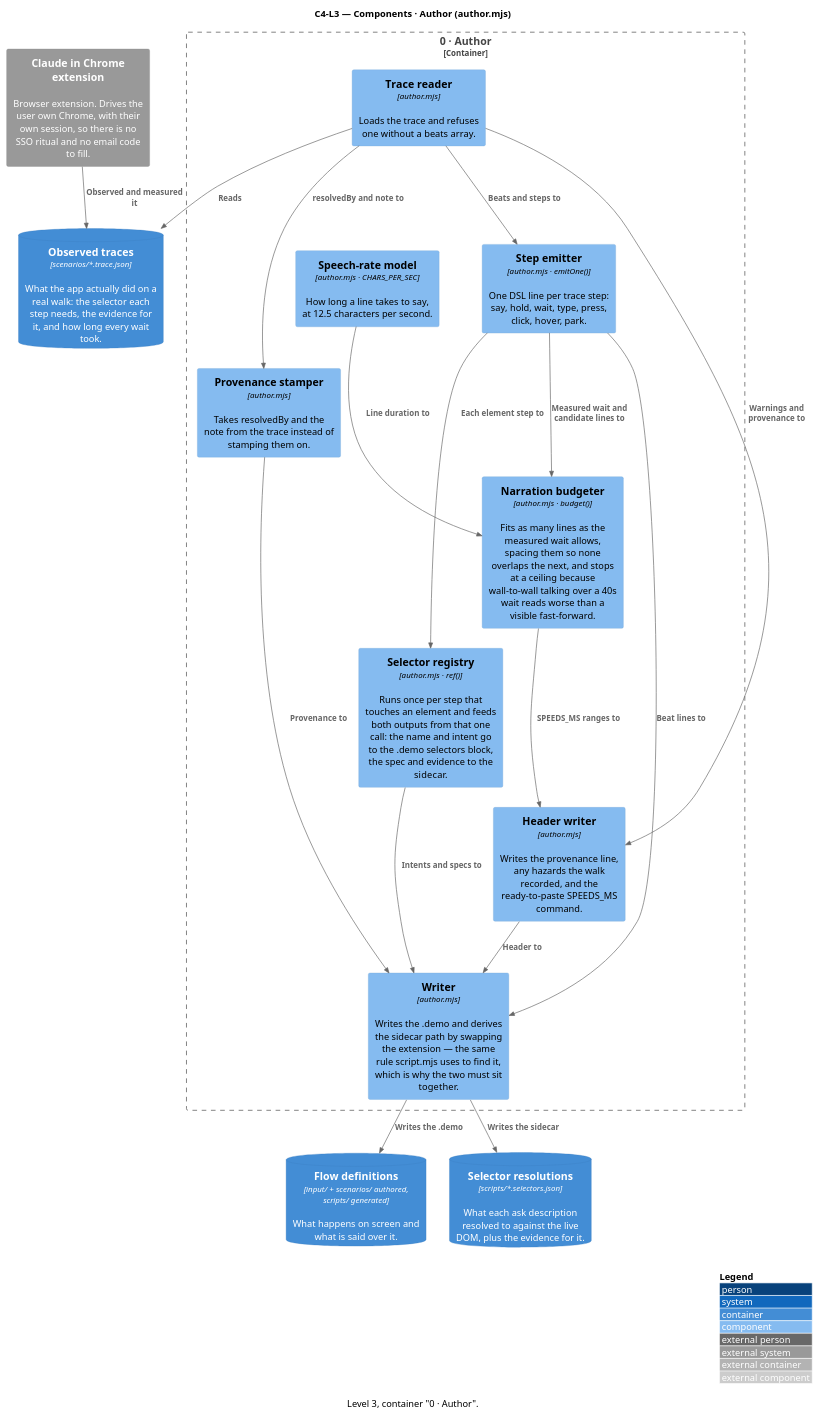
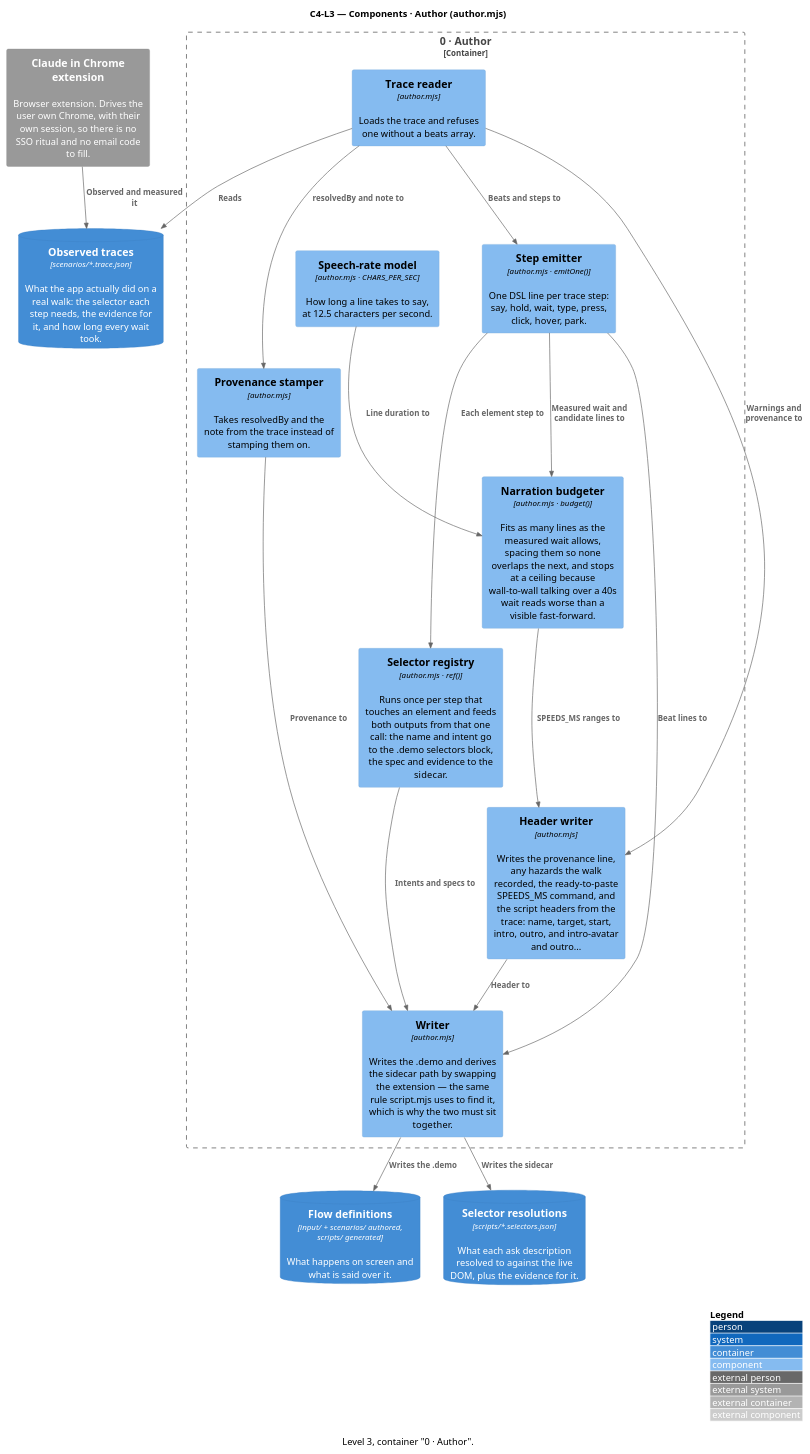
Before and after one commit to ssunduko/product-video: the diagram in docs/c4-l3-author.puml, drawn with PlantUML. The commit also changed 27 other files, not shown here.

```diff
--- a/docs/c4-l3-author.puml
+++ b/docs/c4-l3-author.puml
@@ -1,43 +1,43 @@
 @startuml c4-l3-author
 ' Generated by docs/c4-model.mjs — do not edit; edit the model and re-run.
 !include <C4/C4_Component>
 ' No bundled C4 stdlib? Replace the line above with:
 ' !include https://raw.githubusercontent.com/plantuml-stdlib/C4-PlantUML/master/C4_Component.puml
 
 title C4-L3 — Components · Author (author.mjs)
 caption Level 3, container "0 · Author".
 
 ContainerDb(observed_traces, "Observed traces", "scenarios/*.trace.json", "What the app actually did on a real walk: the selector each step needs, the evidence for it, and how long every wait took.")
 ContainerDb(flow_definitions, "Flow definitions", "input/ + scenarios/ authored, scripts/ generated", "What happens on screen and what is said over it.")
 ContainerDb(selector_resolutions, "Selector resolutions", "scripts/*.selectors.json", "What each ask description resolved to against the live DOM, plus the evidence for it.")
 System_Ext(claude_in_chrome_extension, "Claude in Chrome extension", "Browser extension. Drives the user own Chrome, with their own session, so there is no SSO ritual and no email code to fill.")
 
 Container_Boundary(author_2, "0 · Author") {
   Component(trace_reader, "Trace reader", "author.mjs", "Loads the trace and refuses one without a beats array.")
   Component(speech_rate_model, "Speech-rate model", "author.mjs · CHARS_PER_SEC", "How long a line takes to say, at 12.5 characters per second.")
   Component(narration_budgeter, "Narration budgeter", "author.mjs · budget()", "Fits as many lines as the measured wait allows, spacing them so none overlaps the next, and stops at a ceiling because wall-to-wall talking over a 40s wait reads worse than a visible fast-forward.")
   Component(selector_registry, "Selector registry", "author.mjs · ref()", "Runs once per step that touches an element and feeds both outputs from that one call: the name and intent go to the .demo selectors block, the spec and evidence to the sidecar.")
   Component(step_emitter, "Step emitter", "author.mjs · emitOne()", "One DSL line per trace step: say, hold, wait, type, press, click, hover, park.")
-  Component(header_writer, "Header writer", "author.mjs", "Writes the provenance line, any hazards the walk recorded, and the ready-to-paste SPEEDS_MS command.")
+  Component(header_writer, "Header writer", "author.mjs", "Writes the provenance line, any hazards the walk recorded, the ready-to-paste SPEEDS_MS command, and the script headers from the trace: name, target, start, intro, outro, and intro-avatar and outro...")
   Component(provenance_stamper, "Provenance stamper", "author.mjs", "Takes resolvedBy and the note from the trace instead of stamping them on.")
   Component(writer, "Writer", "author.mjs", "Writes the .demo and derives the sidecar path by swapping the extension — the same rule script.mjs uses to find it, which is why the two must sit together.")
 }
 
 Rel(claude_in_chrome_extension, observed_traces, "Observed and measured it")
 Rel(trace_reader, observed_traces, "Reads")
 Rel(trace_reader, step_emitter, "Beats and steps to")
 Rel(trace_reader, header_writer, "Warnings and provenance to")
 Rel(trace_reader, provenance_stamper, "resolvedBy and note to")
 Rel(speech_rate_model, narration_budgeter, "Line duration to")
 Rel(step_emitter, narration_budgeter, "Measured wait and candidate lines to")
 Rel(narration_budgeter, header_writer, "SPEEDS_MS ranges to")
 Rel(step_emitter, selector_registry, "Each element step to")
 Rel(selector_registry, writer, "Intents and specs to")
 Rel(step_emitter, writer, "Beat lines to")
 Rel(header_writer, writer, "Header to")
 Rel(provenance_stamper, writer, "Provenance to")
 Rel(writer, flow_definitions, "Writes the .demo")
 Rel(writer, selector_resolutions, "Writes the sidecar")
 
 LAYOUT_WITH_LEGEND()
 @enduml
```
